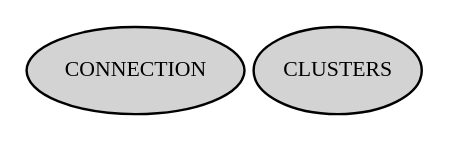
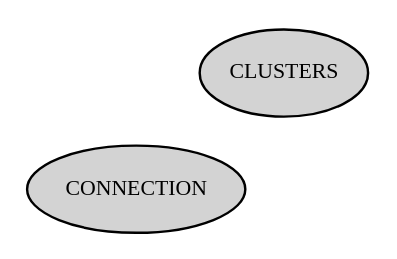
One commit to wizicer/SJTU-Algorithm-DataCenterNetwork changed the diagram in template.dot. Above: the diagram before and after it, drawn with Graphviz. The commit also changed 1 other file, not shown here.

```diff
--- a/template.dot
+++ b/template.dot
@@ -1,31 +1,30 @@
-digraph network {
+digraph G {
   //graph settings
   graph [
     charset = "UTF-8";
-    /* label = "node simple", */
     labelloc = "t",
     labeljust = "c",
     bgcolor = "#ffffff",
     fontcolor = black,
     fontsize = 12,
     style = "filled",
-    rankdir = TB,
+    rankdir = LR,
     margin = 0.1,
     nodesep = 0.5,
     ranksep = 0.8,
     compound = true
-    layout = osage
+    layout = fdp
   ];
   // node common settings
   node [
     fontsize = 9,
     margin = 0.05,
     style = "solid,filled"
   ];
 
 {{CLUSTERS}}
 
 {{CONNECTION}}
 
 
 }
```
